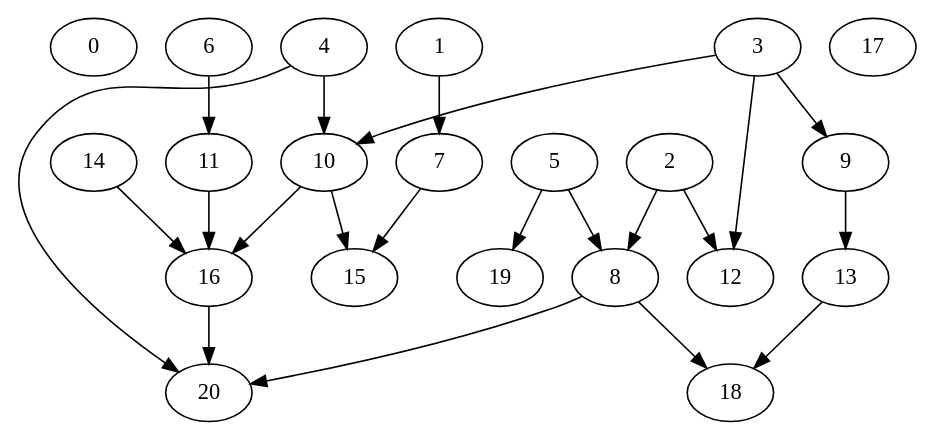
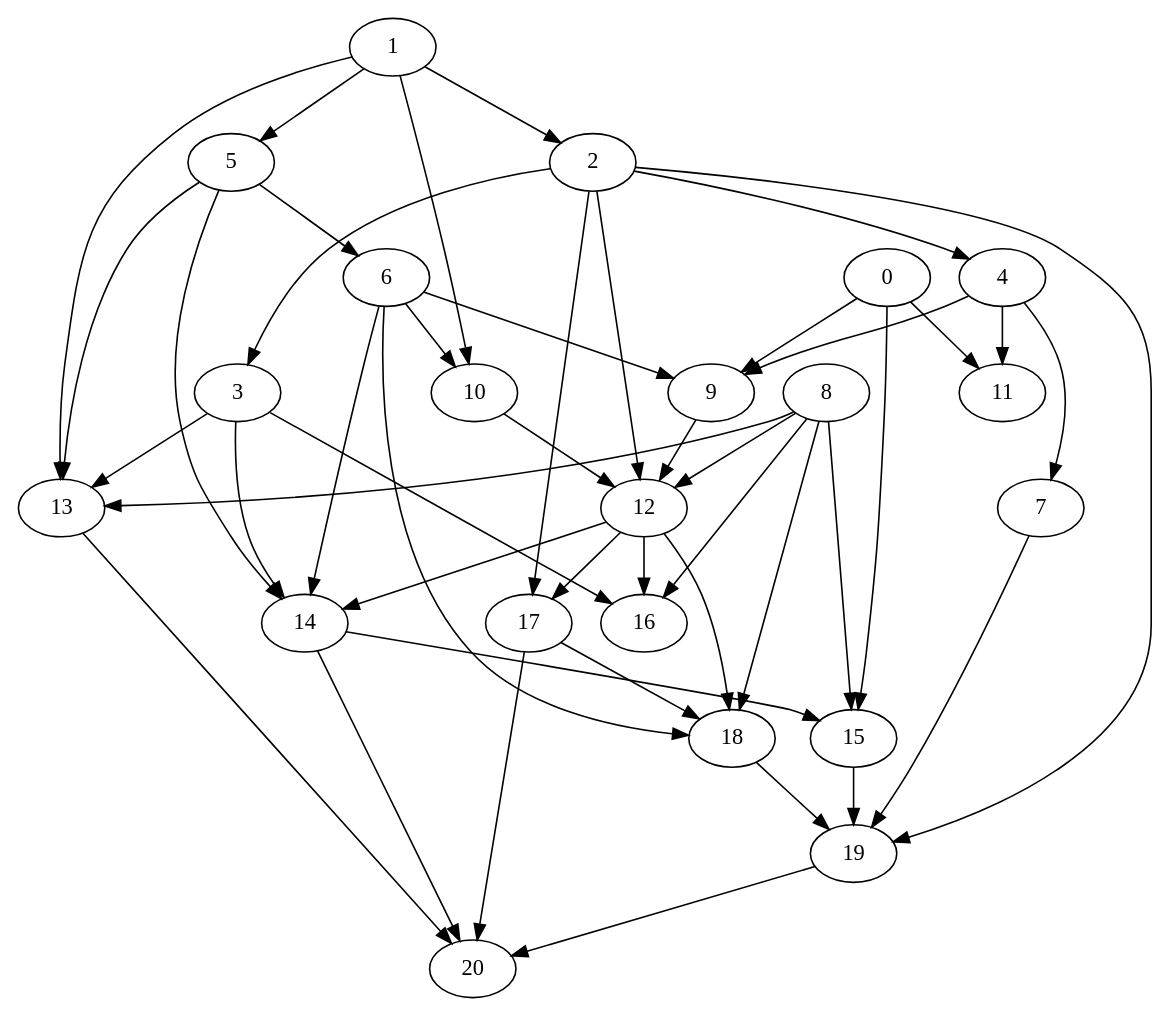
Before and after one commit to nateeo/parallel-task-scheduler: the diagram in input-graphs/Nodes_21_Random.dot, drawn with Graphviz. The commit also changed 7 other files, not shown here.

```diff
--- a/input-graphs/Nodes_21_Random.dot
+++ b/input-graphs/Nodes_21_Random.dot
@@ -1,51 +1,75 @@
-digraph "Random_Nodes_21_Density_1.00_CCR_0.10_WeightType_Random" {
-	graph [CCR=0.1,
-		Density=1.0,
-		"No of edges"=21,
+digraph "Random_Nodes_21_Density_2.14_CCR_9.98_WeightType_Random" {
+	graph [CCR=9.98,
+		Density=2.14,
+		"No of edges"=45,
 		"No of nodes"=21,
 		"Node concurrency"=-1,
-		"Total sequential time"=1188
+		"Total sequential time"=130
 	];
-	0	 [Weight=84];
-	1	 [Weight=48];
-	7	 [Weight=60];
-	1 -> 7	 [Weight=5];
-	2	 [Weight=120];
-	8	 [Weight=72];
-	2 -> 8	 [Weight=2];
-	12	 [Weight=96];
-	2 -> 12	 [Weight=10];
-	3	 [Weight=84];
-	9	 [Weight=48];
-	3 -> 9	 [Weight=8];
-	10	 [Weight=36];
-	3 -> 10	 [Weight=2];
-	3 -> 12	 [Weight=4];
-	4	 [Weight=60];
-	4 -> 10	 [Weight=9];
-	20	 [Weight=60];
-	4 -> 20	 [Weight=3];
-	5	 [Weight=60];
-	5 -> 8	 [Weight=10];
-	19	 [Weight=96];
-	5 -> 19	 [Weight=4];
-	6	 [Weight=24];
-	11	 [Weight=24];
-	6 -> 11	 [Weight=4];
-	15	 [Weight=24];
-	7 -> 15	 [Weight=10];
-	18	 [Weight=24];
-	8 -> 18	 [Weight=2];
-	8 -> 20	 [Weight=4];
-	13	 [Weight=24];
-	9 -> 13	 [Weight=4];
-	10 -> 15	 [Weight=6];
-	16	 [Weight=84];
-	10 -> 16	 [Weight=3];
-	11 -> 16	 [Weight=4];
-	13 -> 18	 [Weight=9];
-	14	 [Weight=36];
-	14 -> 16	 [Weight=6];
-	16 -> 20	 [Weight=10];
-	17	 [Weight=24];
+	0	 [Weight=7];
+	9	 [Weight=5];
+	0 -> 9	 [Weight=37];
+	11	 [Weight=10];
+	0 -> 11	 [Weight=33];
+	15	 [Weight=10];
+	0 -> 15	 [Weight=19];
+	1	 [Weight=8];
+	2	 [Weight=3];
+	1 -> 2	 [Weight=37];
+	5	 [Weight=9];
+	1 -> 5	 [Weight=33];
+	10	 [Weight=3];
+	1 -> 10	 [Weight=47];
+	13	 [Weight=7];
+	1 -> 13	 [Weight=14];
+	3	 [Weight=3];
+	2 -> 3	 [Weight=47];
+	4	 [Weight=2];
+	2 -> 4	 [Weight=23];
+	12	 [Weight=6];
+	2 -> 12	 [Weight=14];
+	17	 [Weight=4];
+	2 -> 17	 [Weight=28];
+	19	 [Weight=9];
+	2 -> 19	 [Weight=42];
+	3 -> 13	 [Weight=33];
+	14	 [Weight=6];
+	3 -> 14	 [Weight=33];
+	16	 [Weight=2];
+	3 -> 16	 [Weight=14];
+	7	 [Weight=9];
+	4 -> 7	 [Weight=19];
+	4 -> 9	 [Weight=19];
+	4 -> 11	 [Weight=42];
+	6	 [Weight=10];
+	5 -> 6	 [Weight=33];
+	5 -> 13	 [Weight=23];
+	5 -> 14	 [Weight=37];
+	6 -> 9	 [Weight=42];
+	6 -> 10	 [Weight=9];
+	6 -> 14	 [Weight=42];
+	18	 [Weight=9];
+	6 -> 18	 [Weight=9];
+	7 -> 19	 [Weight=23];
+	8	 [Weight=4];
+	8 -> 12	 [Weight=37];
+	8 -> 13	 [Weight=23];
+	8 -> 15	 [Weight=14];
+	8 -> 16	 [Weight=23];
+	8 -> 18	 [Weight=33];
+	9 -> 12	 [Weight=33];
+	10 -> 12	 [Weight=42];
+	12 -> 14	 [Weight=42];
+	12 -> 16	 [Weight=9];
+	12 -> 17	 [Weight=47];
+	12 -> 18	 [Weight=37];
+	20	 [Weight=4];
+	13 -> 20	 [Weight=47];
+	14 -> 15	 [Weight=14];
+	14 -> 20	 [Weight=37];
+	15 -> 19	 [Weight=14];
+	17 -> 18	 [Weight=37];
+	17 -> 20	 [Weight=14];
+	18 -> 19	 [Weight=28];
+	19 -> 20	 [Weight=14];
 }
```
